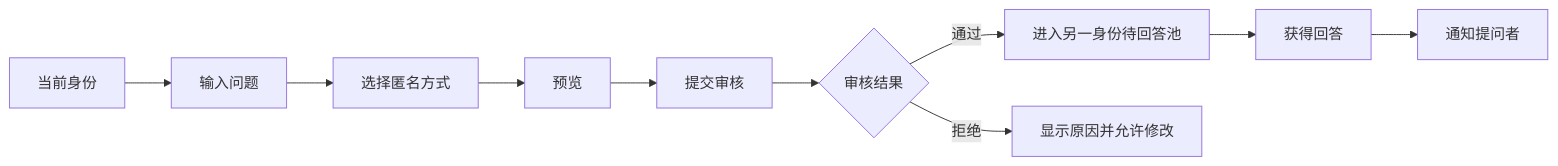
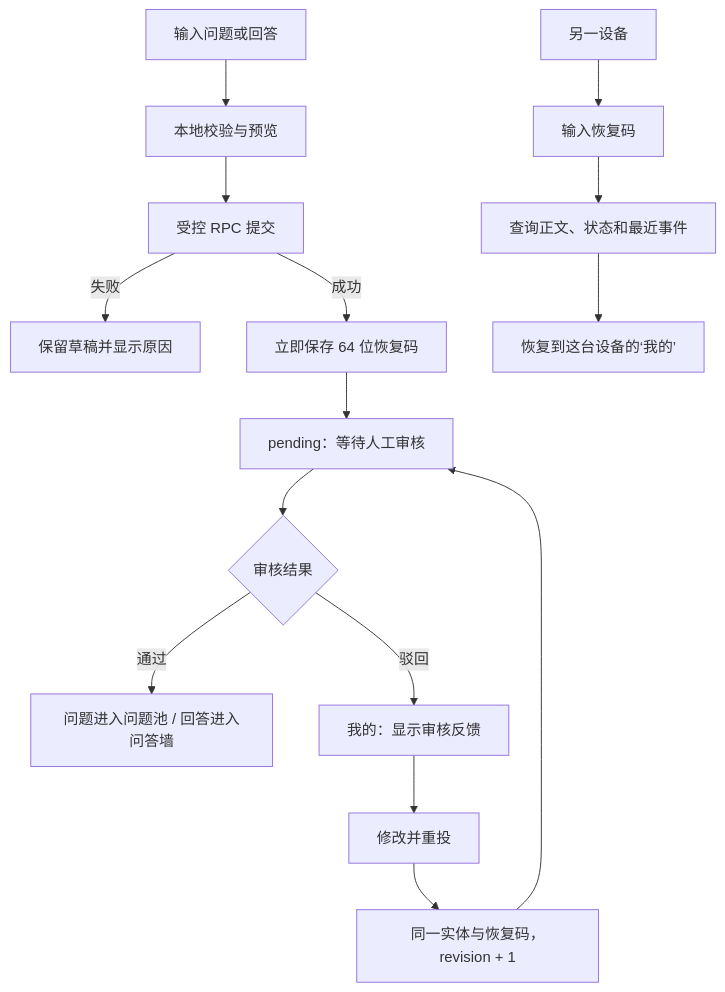
One commit to GDZ7274/intergenerational-question-wall changed the second of 3 diagrams in docs/FLOWS.md. Above: the diagram before and after it, drawn with Mermaid. The commit also changed other lines of this file and 18 other files, not shown here.

````diff
--- a/docs/FLOWS.md
+++ b/docs/FLOWS.md
@@ -63,12 +61,18 @@
 ```mermaid
-flowchart LR
-    A[当前身份] --> B[输入问题]
-    B --> C[选择匿名方式]
-    C --> D[预览]
-    D --> E[提交审核]
-    E --> F{审核结果}
-    F -->|通过| G[进入另一身份待回答池]
-    F -->|拒绝| H[显示原因并允许修改]
-    G --> I[获得回答]
-    I --> J[通知提问者]
+flowchart TD
+    A["输入问题或回答"] --> B["本地校验与预览"]
+    B --> C["受控 RPC 提交"]
+    C -->|"失败"| D["保留草稿并显示原因"]
+    C -->|"成功"| E["立即保存 64 位恢复码"]
+    E --> F["pending：等待人工审核"]
+    F --> G{"审核结果"}
+    G -->|"通过"| H["问题进入问题池 / 回答进入问答墙"]
+    G -->|"驳回"| I["我的：显示审核反馈"]
+    I --> J["修改并重投"]
+    J --> K["同一实体与恢复码，revision + 1"]
+    K --> F
+
+    L["另一设备"] --> M["输入恢复码"]
+    M --> N["查询正文、状态和最近事件"]
+    N --> O["恢复到这台设备的‘我的’"]
 ```
````
